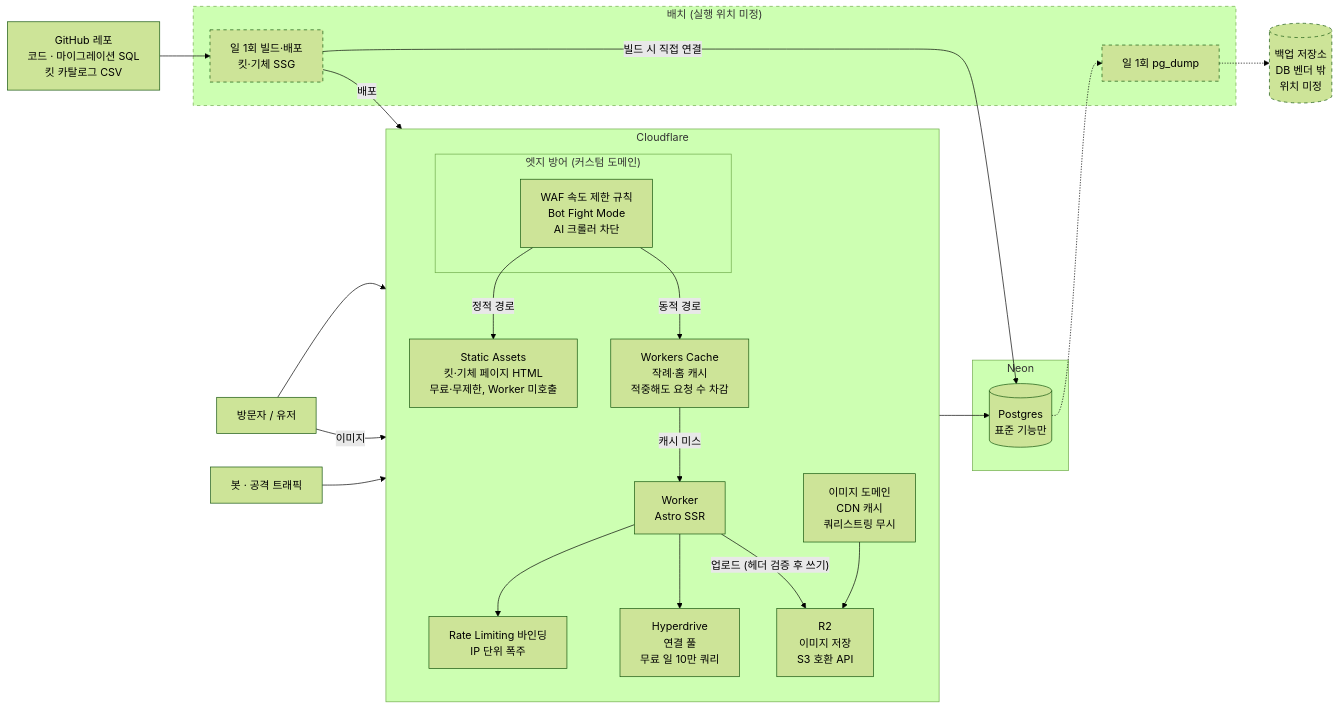
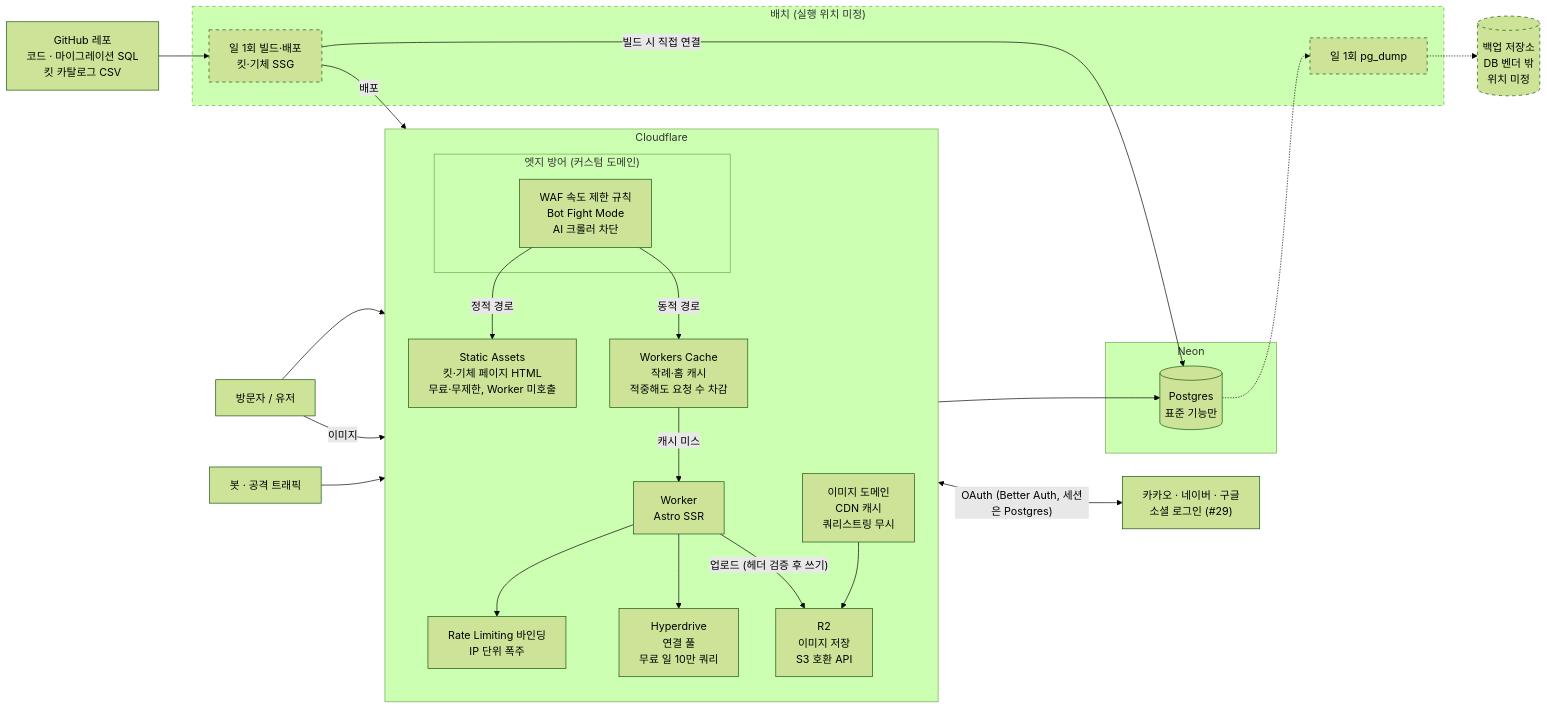
The first of 7 diagrams in docs/architecture/아키텍처_v1_2026-09-13.md (evanyun93/G-MOIM), drawn with Mermaid (forest theme) before and after one commit. The commit also changed other lines of this file and 5 other files, not shown here.

First line of the commit message:
docs: 결정 #28~#30 인증은 Better Auth 직접 운영, 소셜 전용, 캐시 HTML 개인화 금지

````diff
--- a/docs/architecture/아키텍처_v1_2026-09-13.md
+++ b/docs/architecture/아키텍처_v1_2026-09-13.md
@@ -25,49 +25,52 @@
 ```mermaid
 flowchart LR
     U["방문자 / 유저"]
     BOT["봇 · 공격 트래픽"]
 
     subgraph CF["Cloudflare"]
         direction TB
         subgraph EDGE["엣지 방어 (커스텀 도메인)"]
             WAF["WAF 속도 제한 규칙<br/>Bot Fight Mode<br/>AI 크롤러 차단"]
         end
         SA["Static Assets<br/>킷·기체 페이지 HTML<br/>무료·무제한, Worker 미호출"]
         WC["Workers Cache<br/>작례·홈 캐시<br/>적중해도 요청 수 차감"]
         W["Worker<br/>Astro SSR"]
         RL["Rate Limiting 바인딩<br/>IP 단위 폭주"]
         HD["Hyperdrive<br/>연결 풀<br/>무료 일 10만 쿼리"]
         R2["R2<br/>이미지 저장<br/>S3 호환 API"]
         IMG["이미지 도메인<br/>CDN 캐시<br/>쿼리스트링 무시"]
     end
 
     subgraph NEON["Neon"]
         PG[("Postgres<br/>표준 기능만")]
     end
 
     subgraph CI["배치 (실행 위치 미정)"]
         BUILD["일 1회 빌드·배포<br/>킷·기체 SSG"]
         DUMP["일 1회 pg_dump"]
     end
 
+    OAUTH["카카오 · 네이버 · 구글<br/>소셜 로그인 (#29)"]
+
     BK[("백업 저장소<br/>DB 벤더 밖<br/>위치 미정")]
     REPO["GitHub 레포<br/>코드 · 마이그레이션 SQL<br/>킷 카탈로그 CSV"]
 
     U --> WAF
     BOT --> WAF
     WAF -->|정적 경로| SA
     WAF -->|동적 경로| WC
     WC -->|캐시 미스| W
     W --> RL
     W --> HD --> PG
     W -->|"업로드 (헤더 검증 후 쓰기)"| R2
     U -->|이미지| IMG --> R2
+    W <-->|"OAuth (Better Auth, 세션은 Postgres)"| OAUTH
 
     REPO --> BUILD
     BUILD -->|빌드 시 직접 연결| PG
     BUILD -->|배포| SA
     PG -.-> DUMP -.-> BK
 
     classDef undecided stroke-dasharray: 5 5
     class CI,BUILD,DUMP,BK undecided
 ```
````
